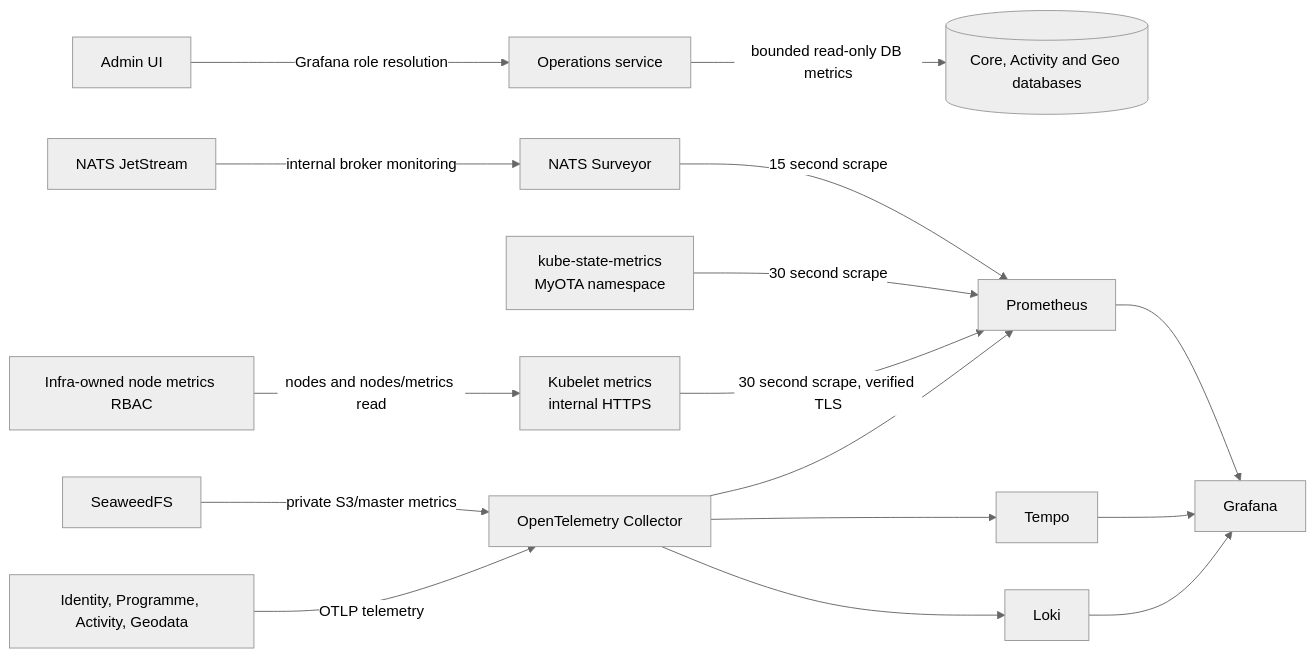
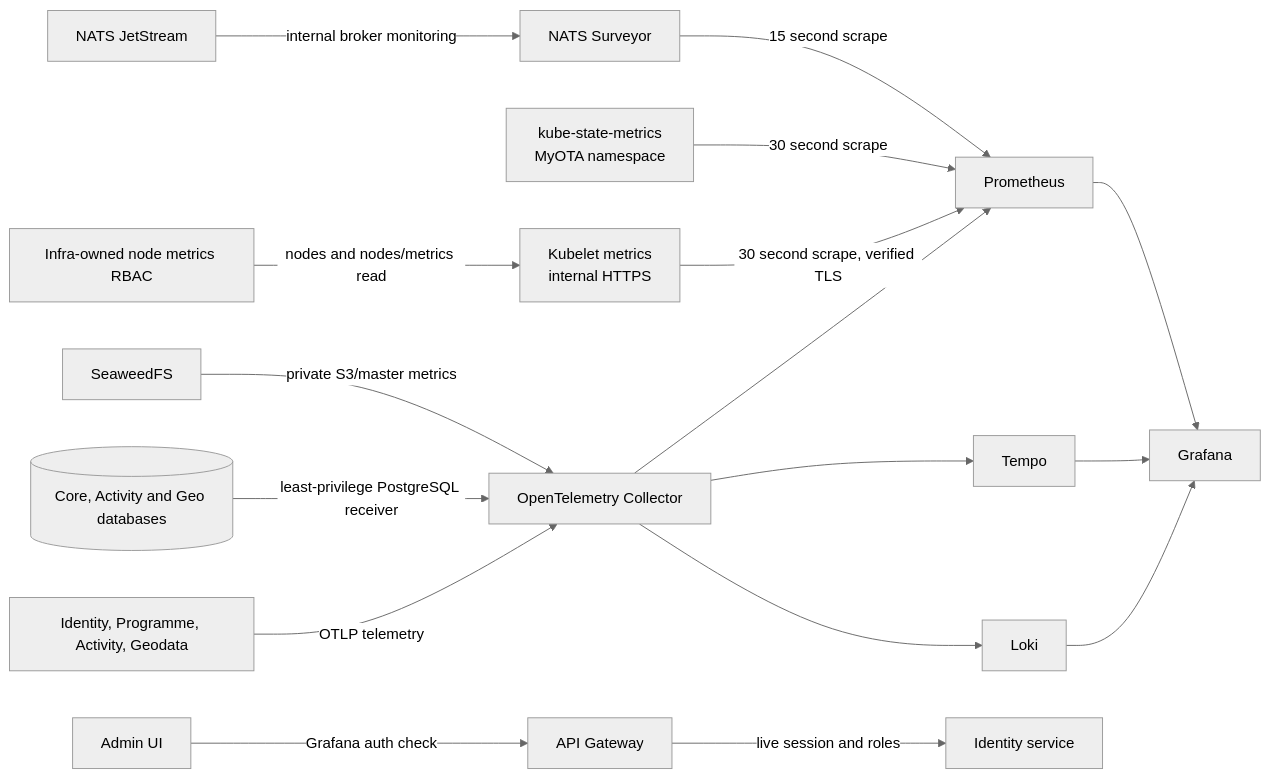
The diagram in docs/architecture/diagrams/observability-architecture.md (myota-platform/myota-docs), drawn with Mermaid (neutral theme) before and after one commit. The commit also changed other lines of this file and 16 other files, not shown here.

````diff
--- a/docs/architecture/diagrams/observability-architecture.md
+++ b/docs/architecture/diagrams/observability-architecture.md
@@ -3,36 +3,36 @@
 ```mermaid
 flowchart LR
   UI[Admin UI]
-  Ops[Operations service]
   DB[(Core, Activity and Geo databases)]
   SW[SeaweedFS]
   NATS[NATS JetStream]
   Surveyor[NATS Surveyor]
   KSM[kube-state-metrics
 MyOTA namespace]
   Kubelet[Kubelet metrics
 internal HTTPS]
   Prom[Prometheus]
   Tempo[Tempo]
   Loki[Loki]
   Collector[OpenTelemetry Collector]
   Services[Identity, Programme, Activity, Geodata]
   Grafana[Grafana]
   InfraRBAC[Infra-owned node metrics RBAC]
 
-  UI -->|Grafana role resolution| Ops
+  UI -->|Grafana auth check| Gateway[API Gateway]
+  Gateway -->|live session and roles| Identity[Identity service]
   SW -->|private S3/master metrics| Collector
-  Ops -->|bounded read-only DB metrics| DB
+  DB -->|least-privilege PostgreSQL receiver| Collector
   NATS -->|internal broker monitoring| Surveyor
   Surveyor -->|15 second scrape| Prom
   KSM -->|30 second scrape| Prom
   InfraRBAC -->|nodes and nodes/metrics read| Kubelet
   Kubelet -->|30 second scrape, verified TLS| Prom
   Services -->|OTLP telemetry| Collector
   Collector --> Prom
   Collector --> Tempo
   Collector --> Loki
   Prom --> Grafana
   Tempo --> Grafana
   Loki --> Grafana
 ```
````
